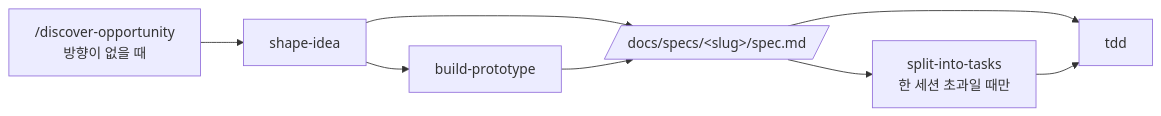
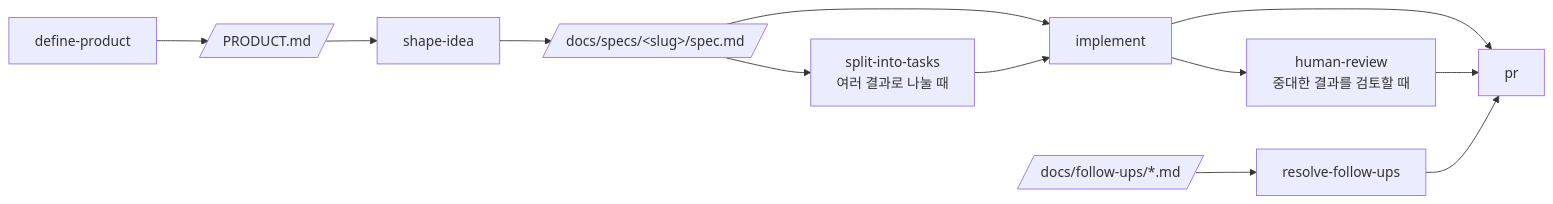
The diagram in README.md (toy-crane/claude-code-playbook-template), drawn with Mermaid before and after one commit. The commit also changed other lines of this file and 5 other files, not shown here.

````diff
--- a/README.md
+++ b/README.md
@@ -33,10 +33,14 @@
 ```mermaid
 flowchart LR
-    DO["/discover-opportunity<br/>방향이 없을 때"] --> SI["shape-idea"]
-    SI --> BP["build-prototype"]
+    DP["define-product"] --> PRODUCT[/"PRODUCT.md"/]
+    PRODUCT --> SI["shape-idea"]
     SI --> SPEC[/"docs/specs/&lt;slug&gt;/spec.md"/]
-    BP --> SPEC
-    SPEC --> ST["split-into-tasks<br/>한 세션 초과일 때만"]
-    SPEC --> TDD["tdd"]
-    ST --> TDD
+    SPEC --> ST["split-into-tasks<br/>여러 결과로 나눌 때"]
+    SPEC --> IMP["implement"]
+    ST --> IMP
+    IMP --> HR["human-review<br/>중대한 결과를 검토할 때"]
+    IMP --> PR["pr"]
+    HR --> PR
+    FU[/"docs/follow-ups/*.md"/] --> RF["resolve-follow-ups"]
+    RF --> PR
 ```
````
